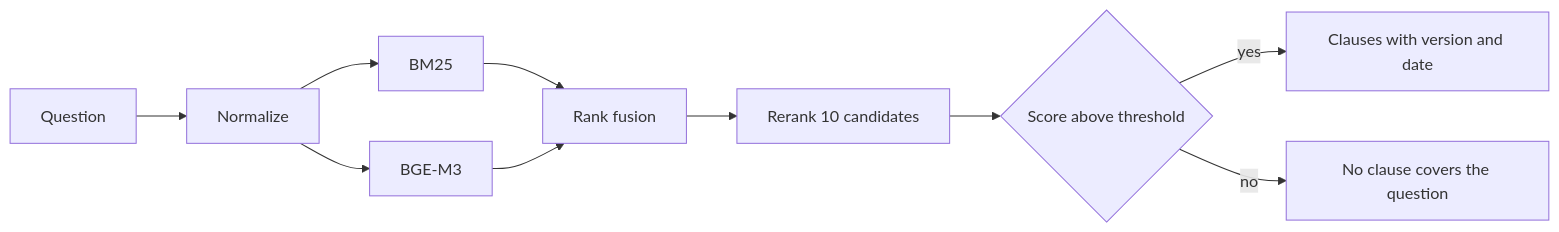
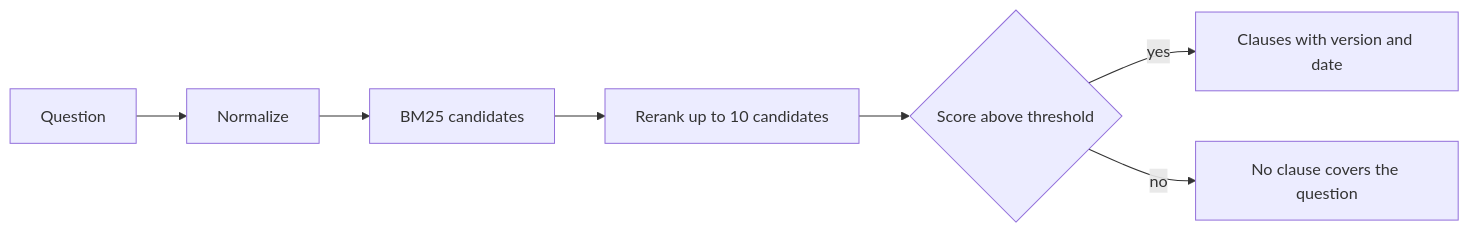
One commit to nvtanphat/ShopSupport-AI changed the second of 2 diagrams in README.md. Above: the diagram before and after it, drawn with Mermaid. The commit also changed other lines of this file and 1 other file, not shown here.

````diff
--- a/README.md
+++ b/README.md
@@ -52,12 +54,9 @@
 ```mermaid
 flowchart LR
     Q[Question] --> N[Normalize]
-    N --> B[BM25]
-    N --> V[BGE-M3]
-    B --> F[Rank fusion]
-    V --> F
-    F --> R[Rerank 10 candidates]
+    N --> B[BM25 candidates]
+    B --> R[Rerank up to 10 candidates]
     R --> T{Score above threshold}
     T -->|yes| A[Clauses with version and date]
     T -->|no| X[No clause covers the question]
 ```
````
